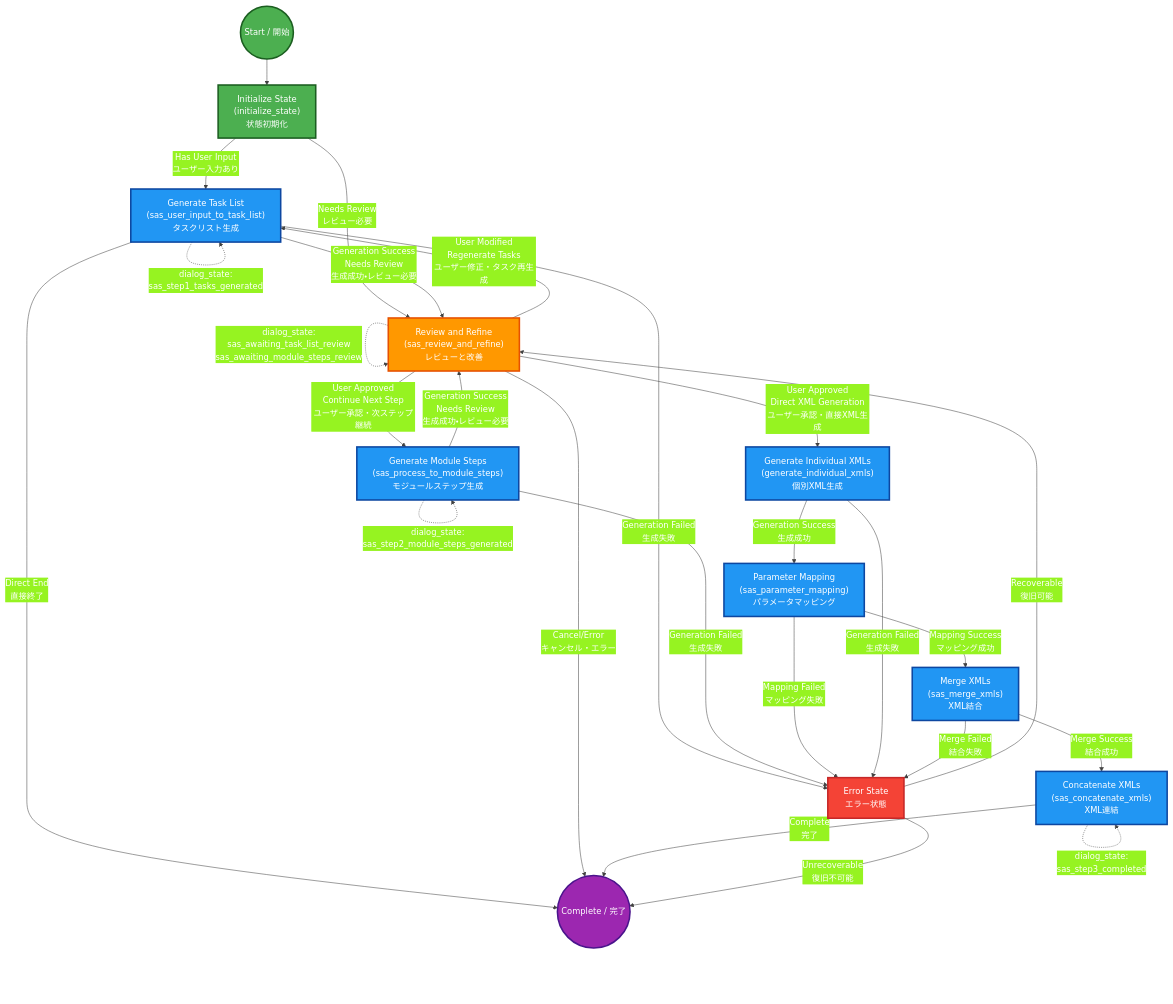
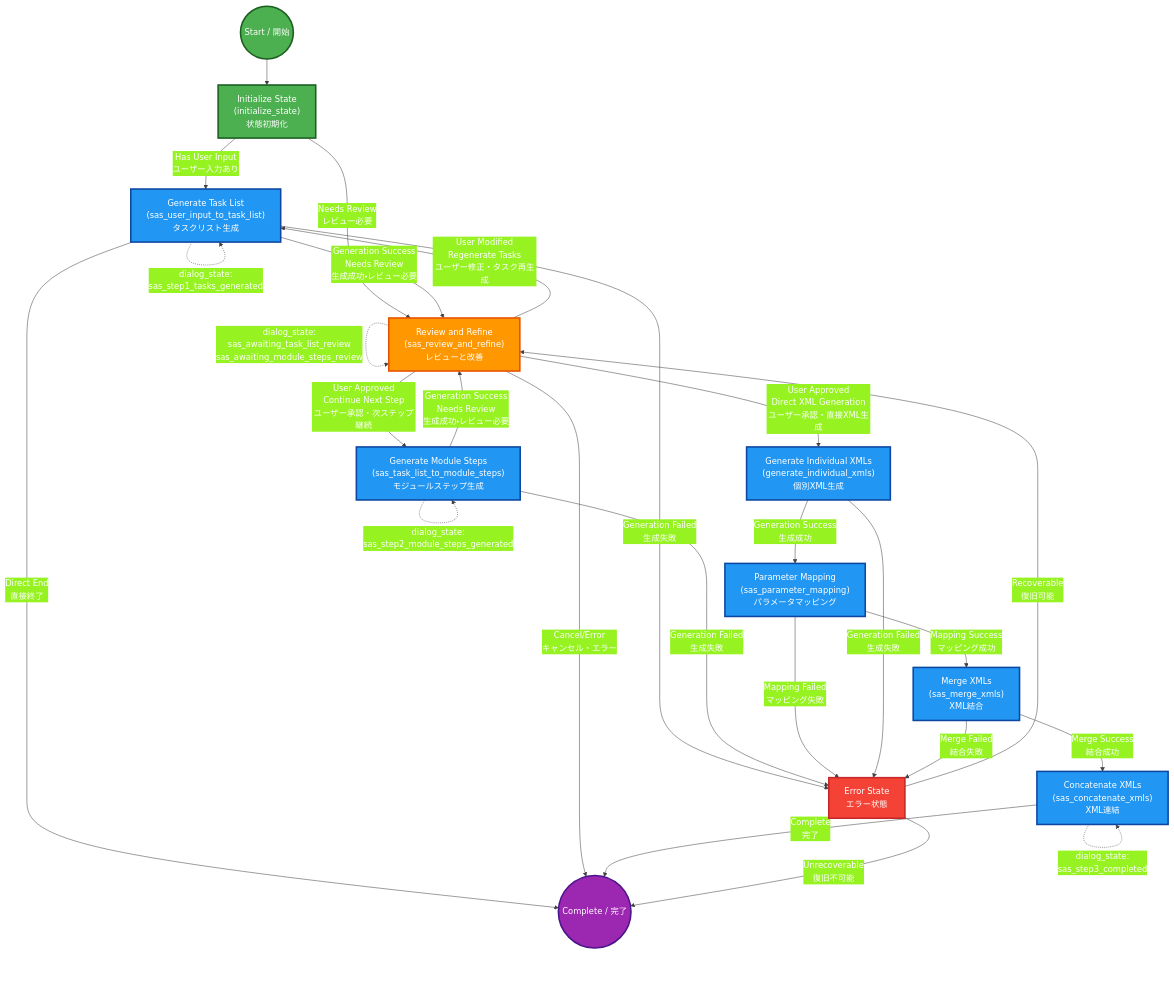
The diagram in docs/backend/sas/sas_state_transition_en_jp.mermaid (yyren7/visual_workflow_editor), drawn with Mermaid before and after one commit. The commit also changed 18 other files, not shown here.

```diff
--- a/docs/backend/sas/sas_state_transition_en_jp.mermaid
+++ b/docs/backend/sas/sas_state_transition_en_jp.mermaid
@@ -1,76 +1,76 @@
 graph TD
     %% 🎨 UNIFIED STYLE VERSION / 統一スタイル版
     %% SAS LangGraph State Transition Diagram / SAS LangGraph 状態遷移図
     %% File: sas_state_transition_en_jp.mermaid
     
     %%{init: {
         'theme': 'base',
         'themeVariables': {
             'primaryColor': '#2196F3',
             'primaryTextColor': '#FFFFFF',
             'primaryBorderColor': '#1976D2',
             'lineColor': '#424242',
             'sectionBkgColor': '#F5F5F5',
             'background': '#FFFFFF',
             'secondaryTextColor': '#212121',
             'tertiaryTextColor': '#FFFFFF'
         }
     }}%%
     
     %% Define unified node styles / 統一ノードスタイルの定義
     classDef initNode fill:#4CAF50,stroke:#1B5E20,stroke-width:3px,color:#FFFFFF
     classDef processNode fill:#2196F3,stroke:#0D47A1,stroke-width:3px,color:#FFFFFF
     classDef reviewNode fill:#FF9800,stroke:#E65100,stroke-width:3px,color:#FFFFFF
     classDef errorNode fill:#F44336,stroke:#C62828,stroke-width:3px,color:#FFFFFF
     classDef endNode fill:#9C27B0,stroke:#4A148C,stroke-width:3px,color:#FFFFFF
     
     %% Define state nodes / 状態ノードの定義
     START(("Start / 開始")):::initNode
     INIT["Initialize State<br/>(initialize_state)<br/>状態初期化"]:::initNode
     TASK_GEN["Generate Task List<br/>(sas_user_input_to_task_list)<br/>タスクリスト生成"]:::processNode
     REVIEW["Review and Refine<br/>(sas_review_and_refine)<br/>レビューと改善"]:::reviewNode
-    MODULE_STEPS["Generate Module Steps<br/>(sas_process_to_module_steps)<br/>モジュールステップ生成"]:::processNode
+    MODULE_STEPS["Generate Module Steps<br/>(sas_task_list_to_module_steps)<br/>モジュールステップ生成"]:::processNode
     PARAM_MAP["Parameter Mapping<br/>(sas_parameter_mapping)<br/>パラメータマッピング"]:::processNode
     GEN_XML["Generate Individual XMLs<br/>(generate_individual_xmls)<br/>個別XML生成"]:::processNode
     MERGE_XML["Merge XMLs<br/>(sas_merge_xmls)<br/>XML結合"]:::processNode
     CONCAT_XML["Concatenate XMLs<br/>(sas_concatenate_xmls)<br/>XML連結"]:::processNode
     ERROR["Error State<br/>エラー状態"]:::errorNode
     END(("Complete / 完了")):::endNode
     
     %% Define state transitions / 状態遷移の定義
     START --> INIT
     
     INIT -->|"Has User Input<br/>ユーザー入力あり"| TASK_GEN
     INIT -->|"Needs Review<br/>レビュー必要"| REVIEW
     
     TASK_GEN -->|"Generation Success<br/>Needs Review<br/>生成成功・レビュー必要"| REVIEW
     TASK_GEN -->|"Generation Failed<br/>生成失敗"| ERROR
     TASK_GEN -->|"Direct End<br/>直接終了"| END
     
     REVIEW -->|"User Approved<br/>Continue Next Step<br/>ユーザー承認・次ステップ継続"| MODULE_STEPS
     REVIEW -->|"User Modified<br/>Regenerate Tasks<br/>ユーザー修正・タスク再生成"| TASK_GEN
     REVIEW -->|"User Approved<br/>Direct XML Generation<br/>ユーザー承認・直接XML生成"| GEN_XML
     REVIEW -->|"Cancel/Error<br/>キャンセル・エラー"| END
     
     MODULE_STEPS -->|"Generation Success<br/>Needs Review<br/>生成成功・レビュー必要"| REVIEW
     MODULE_STEPS -->|"Generation Failed<br/>生成失敗"| ERROR
     
     PARAM_MAP -->|"Mapping Success<br/>マッピング成功"| MERGE_XML
     PARAM_MAP -->|"Mapping Failed<br/>マッピング失敗"| ERROR
     
     GEN_XML -->|"Generation Success<br/>生成成功"| PARAM_MAP
     GEN_XML -->|"Generation Failed<br/>生成失敗"| ERROR
     
     MERGE_XML -->|"Merge Success<br/>結合成功"| CONCAT_XML
     MERGE_XML -->|"Merge Failed<br/>結合失敗"| ERROR
     
     CONCAT_XML -->|"Complete<br/>完了"| END
     
     ERROR -->|"Recoverable<br/>復旧可能"| REVIEW
     ERROR -->|"Unrecoverable<br/>復旧不可能"| END
     
     %% Add dialog state labels / ダイアログ状態ラベルの追加
     TASK_GEN -.->|"dialog_state:<br/>sas_step1_tasks_generated"| TASK_GEN
     REVIEW -.->|"dialog_state:<br/>sas_awaiting_task_list_review<br/>sas_awaiting_module_steps_review"| REVIEW
     MODULE_STEPS -.->|"dialog_state:<br/>sas_step2_module_steps_generated"| MODULE_STEPS
     CONCAT_XML -.->|"dialog_state:<br/>sas_step3_completed"| CONCAT_XML 
```
